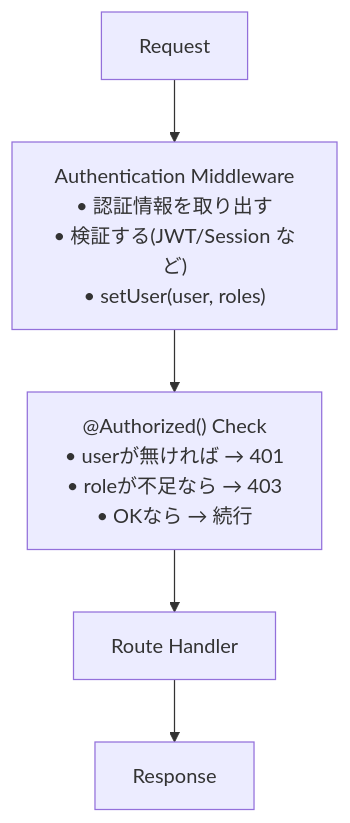
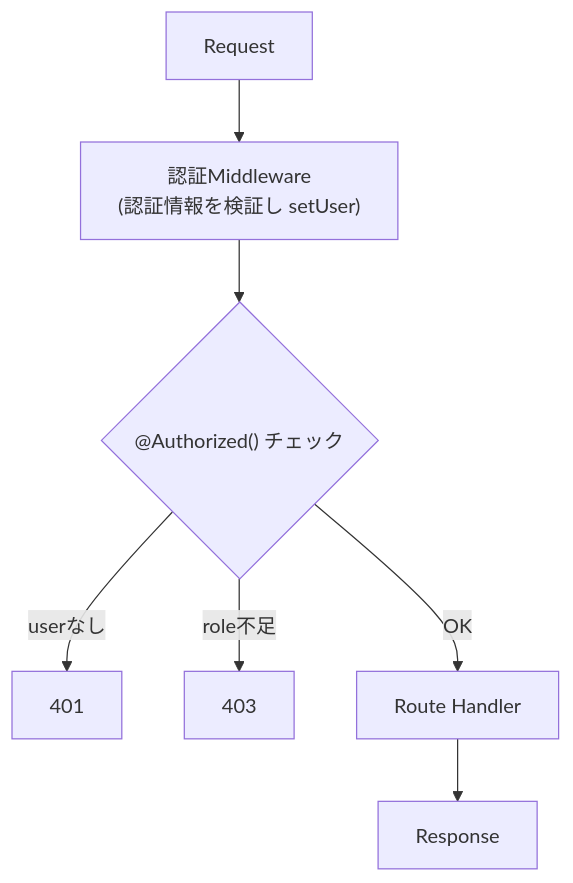
Before and after one commit to zeltjs/zelt: the second of 2 diagrams in website/i18n/ja/docusaurus-plugin-content-docs/current/authentication/overview.md, drawn with Mermaid. The commit also changed other lines of this file and 7 other files, not shown here.

First line of the commit message:
docs(website): redesign remaining diagrams for reader-facing clarity

````diff
--- a/website/i18n/ja/docusaurus-plugin-content-docs/current/authentication/overview.md
+++ b/website/i18n/ja/docusaurus-plugin-content-docs/current/authentication/overview.md
@@ -41,7 +41,9 @@
 ```mermaid
 flowchart TD
-  REQ["Request"] --> AM["Authentication Middleware<br/>• 認証情報を取り出す<br/>• 検証する(JWT/Session など)<br/>• setUser(user, roles)"]
-  AM --> AC["@Authorized() Check<br/>• userが無ければ → 401<br/>• roleが不足なら → 403<br/>• OKなら → 続行"]
-  AC --> RH["Route Handler"]
+  REQ["Request"] --> AM["認証Middleware<br/>(認証情報を検証し setUser)"]
+  AM --> AC{"@Authorized() チェック"}
+  AC -- "userなし" --> E401["401"]
+  AC -- "role不足" --> E403["403"]
+  AC -- "OK" --> RH["Route Handler"]
   RH --> RES["Response"]
 ```
````
